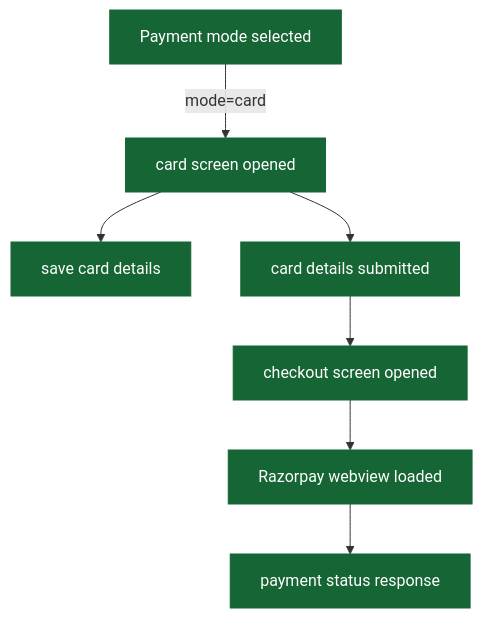
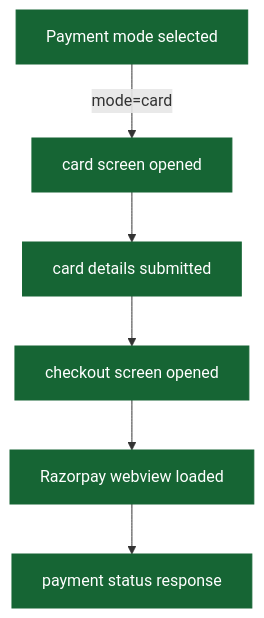
Before and after one commit to ratulsarna/chalo-app-dashboard: the fourth of 11 diagrams in content/analytics/payment/flow-diagrams.md, drawn with Mermaid. The commit also changed other lines of this file and 1 other file, not shown here.

Commit message:
feat(analytics): update event properties and flow diagrams for payment processing, enhancing error handling and user interaction tracking

````diff
--- a/content/analytics/payment/flow-diagrams.md
+++ b/content/analytics/payment/flow-diagrams.md
@@ -95,17 +94,16 @@
 ```mermaid
 flowchart TD
   ev_paymentModeSelected["Payment mode selected"] -->|mode=card| ev_cardScreenOpen["card screen opened"]
 
-  ev_cardScreenOpen --> ev_saveCard["save card details"]
   ev_cardScreenOpen --> ev_cardSubmitted["card details submitted"]
 
   ev_cardSubmitted --> ev_checkoutOpen["checkout screen opened"]
   ev_checkoutOpen --> ev_razorpayLoaded["Razorpay webview loaded"]
   ev_razorpayLoaded --> ev_paymentStatus["payment status response"]
 
   classDef event fill:#166534,stroke:#166534,color:#ffffff;
   classDef ui fill:#f3f4f6,stroke:#6b7280,stroke-dasharray: 5 5,color:#111827;
   classDef external fill:#ffffff,stroke:#6b7280,stroke-dasharray: 3 3,color:#111827;
 
-  class ev_paymentModeSelected,ev_cardScreenOpen,ev_saveCard,ev_cardSubmitted,ev_checkoutOpen,ev_razorpayLoaded,ev_paymentStatus event;
+  class ev_paymentModeSelected,ev_cardScreenOpen,ev_cardSubmitted,ev_checkoutOpen,ev_razorpayLoaded,ev_paymentStatus event;
 ```
````
